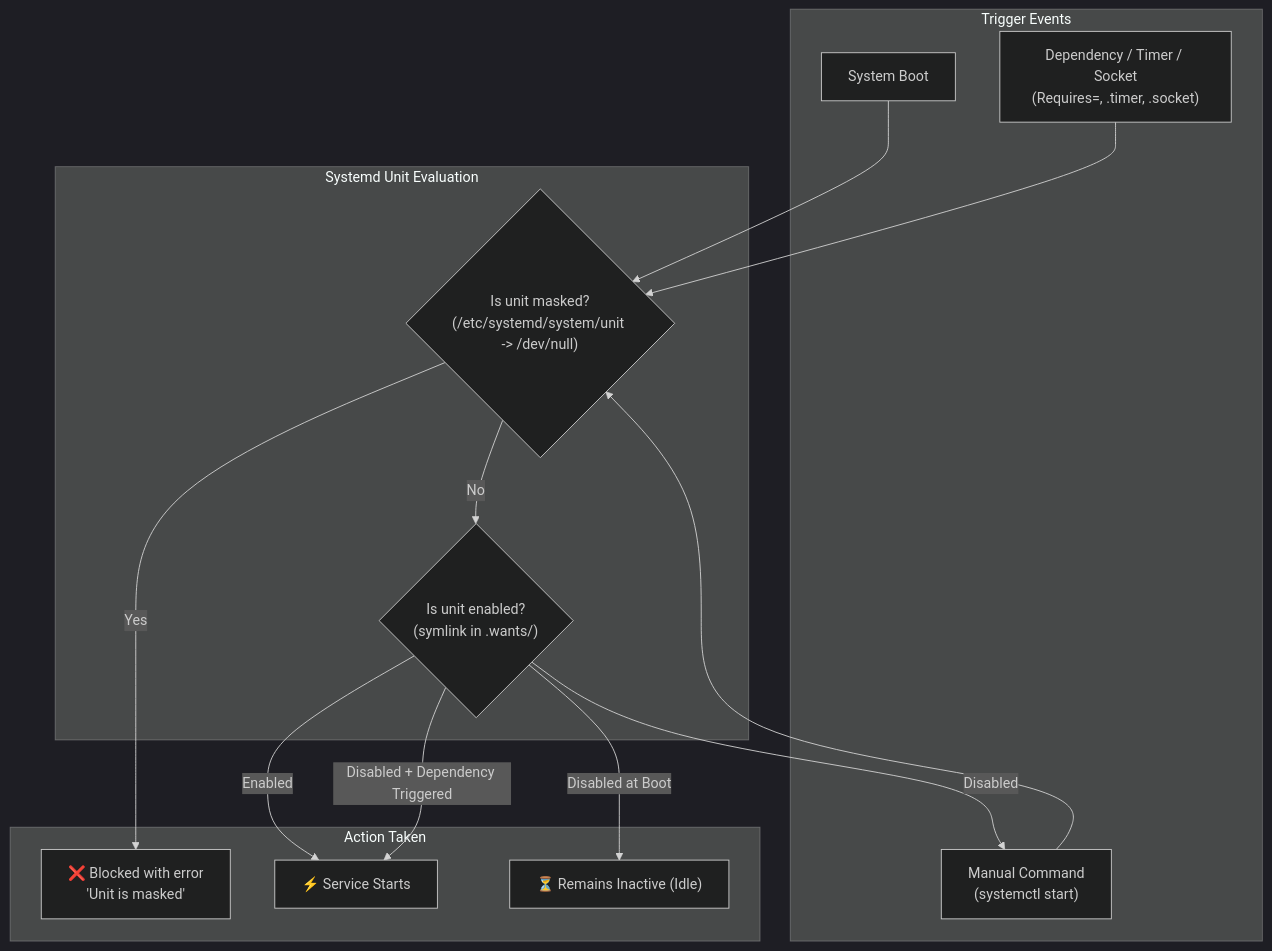
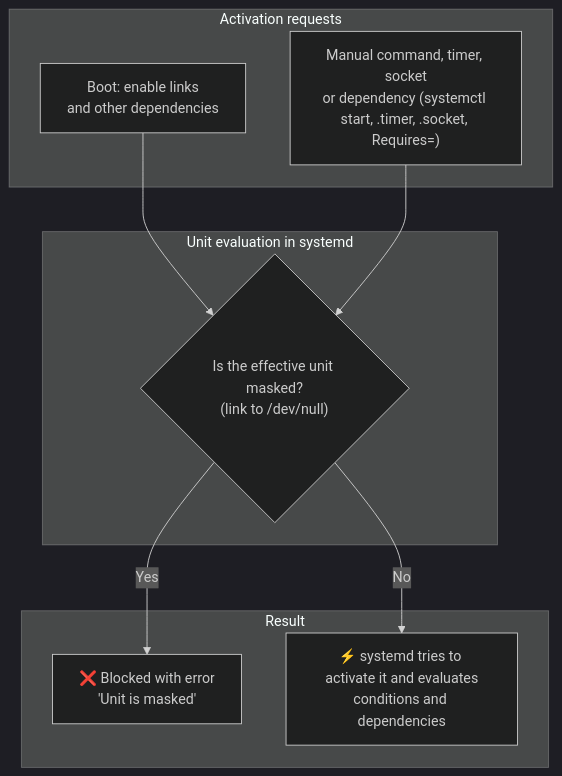
Before and after one commit to jose-oc/joseoc-dev: the diagram in src/content/en/how-to/masking-systemd-services.md, drawn with Mermaid (dark theme). The commit also changed other lines of this file and 1 other file, not shown here.

First line of the commit message:
Corrige la guía de masking de systemd según la revisión técnica

````diff
--- a/src/content/en/how-to/masking-systemd-services.md
+++ b/src/content/en/how-to/masking-systemd-services.md
@@ -26,31 +26,22 @@
 ```mermaid
 flowchart TD
-    subgraph Trigger ["Trigger Events"]
-        T1["System Boot"]
-        T2["Manual Command<br/>(systemctl start)"]
-        T3["Dependency / Timer / Socket<br/>(Requires=, .timer, .socket)"]
+    subgraph Eventos ["Activation requests"]
+        T1["Boot: enable links<br/>and other dependencies"]
+        T2["Manual command, timer, socket<br/>or dependency (systemctl start, .timer, .socket, Requires=)"]
     end
 
-    subgraph Resolution ["Systemd Unit Evaluation"]
-        C{"Is unit masked?<br/>(/etc/systemd/system/unit -> /dev/null)"}
-        D{"Is unit enabled?<br/>(symlink in .wants/)"}
+    subgraph Resolucion ["Unit evaluation in systemd"]
+        C{"Is the effective unit masked?<br/>(link to /dev/null)"}
     end
 
-    subgraph Result ["Action Taken"]
+    subgraph Resultado ["Result"]
         R1["❌ Blocked with error<br/>'Unit is masked'"]
-        R2["⚡ Service Starts"]
-        R3["⏳ Remains Inactive (Idle)"]
+        R2["⚡ systemd tries to activate it and evaluates<br/>conditions and dependencies"]
     end
 
     T1 --> C
     T2 --> C
-    T3 --> C
 
     C -- "Yes" --> R1
-    C -- "No" --> D
-
-    D -- "Enabled" --> R2
-    D -- "Disabled" --> T2
-    D -- "Disabled at Boot" --> R3
-    D -- "Disabled + Dependency Triggered" --> R2
+    C -- "No" --> R2
 ```
````
